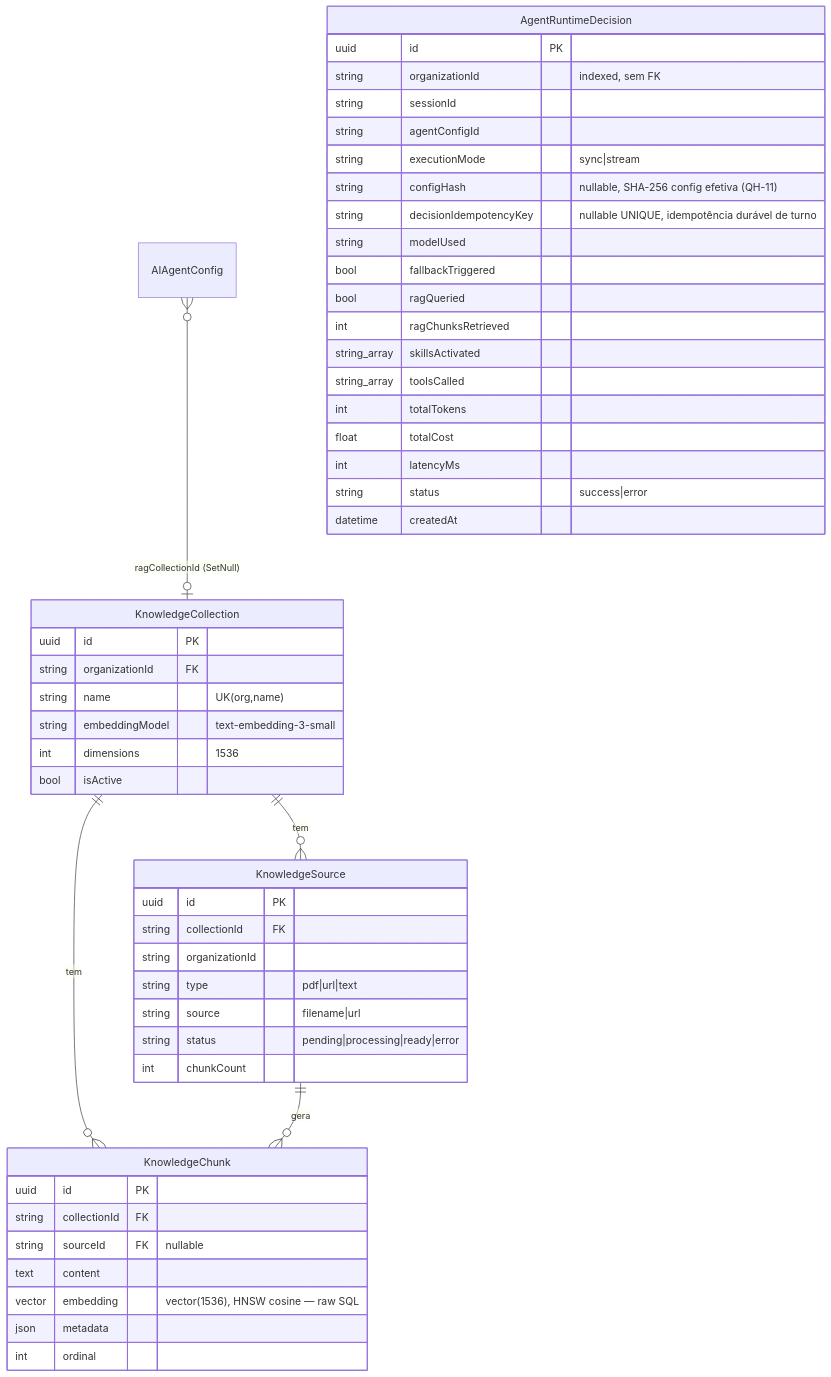
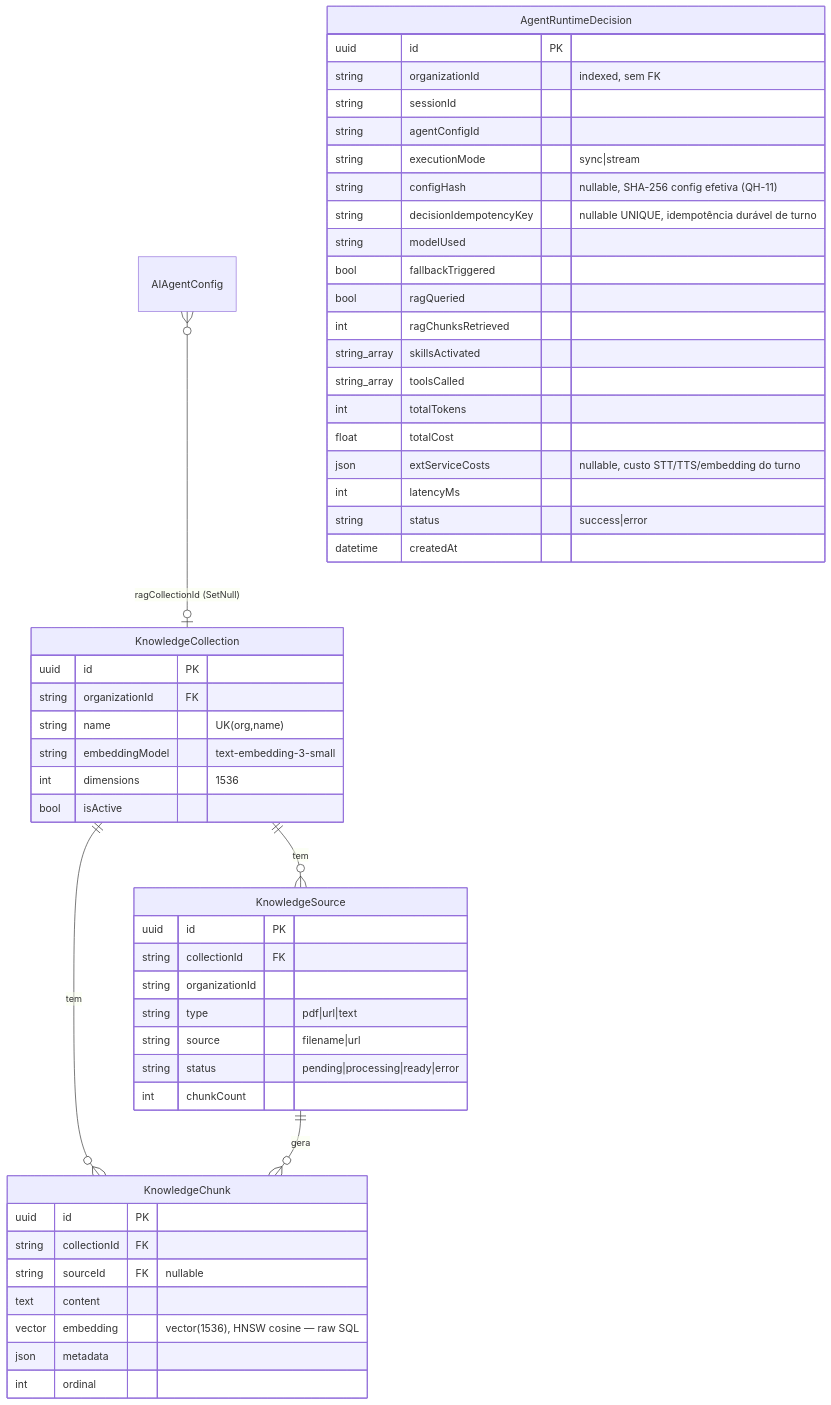
The fourth of 4 diagrams in docs/ERD.md (quayer/app-quayer), drawn with Mermaid before and after one commit. The commit also changed other lines of this file and 7 other files, not shown here.

First line of the commit message:
feat(observability): persiste extServiceCosts por turno (STT) — fase 2

````diff
--- a/docs/ERD.md
+++ b/docs/ERD.md
@@ -390,54 +391,55 @@
 ```mermaid
 erDiagram
     KnowledgeCollection ||--o{ KnowledgeSource : "tem"
     KnowledgeCollection ||--o{ KnowledgeChunk : "tem"
     KnowledgeSource ||--o{ KnowledgeChunk : "gera"
     AIAgentConfig }o--o| KnowledgeCollection : "ragCollectionId (SetNull)"
 
     KnowledgeCollection {
         uuid id PK
         string organizationId FK
         string name "UK(org,name)"
         string embeddingModel "text-embedding-3-small"
         int dimensions "1536"
         bool isActive
     }
     KnowledgeSource {
         uuid id PK
         string collectionId FK
         string organizationId
         string type "pdf|url|text"
         string source "filename|url"
         string status "pending|processing|ready|error"
         int chunkCount
     }
     KnowledgeChunk {
         uuid id PK
         string collectionId FK
         string sourceId FK "nullable"
         text content
         vector embedding "vector(1536), HNSW cosine — raw SQL"
         json metadata
         int ordinal
     }
     AgentRuntimeDecision {
         uuid id PK
         string organizationId "indexed, sem FK"
         string sessionId
         string agentConfigId
         string executionMode "sync|stream"
         string configHash "nullable, SHA-256 config efetiva (QH-11)"
         string decisionIdempotencyKey "nullable UNIQUE, idempotência durável de turno"
         string modelUsed
         bool fallbackTriggered
         bool ragQueried
         int ragChunksRetrieved
         string_array skillsActivated
         string_array toolsCalled
         int totalTokens
         float totalCost
+        json extServiceCosts "nullable, custo STT/TTS/embedding do turno"
         int latencyMs
         string status "success|error"
         datetime createdAt
     }
 ```
````
